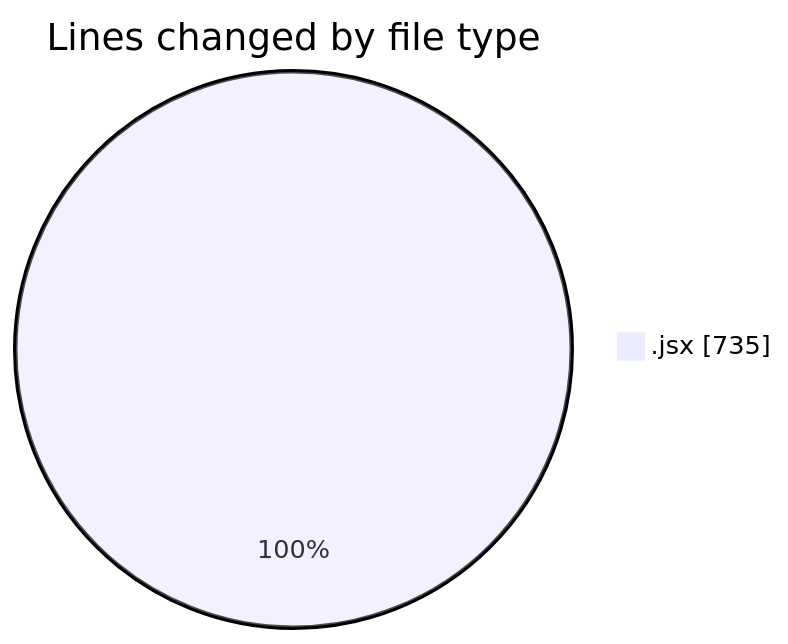
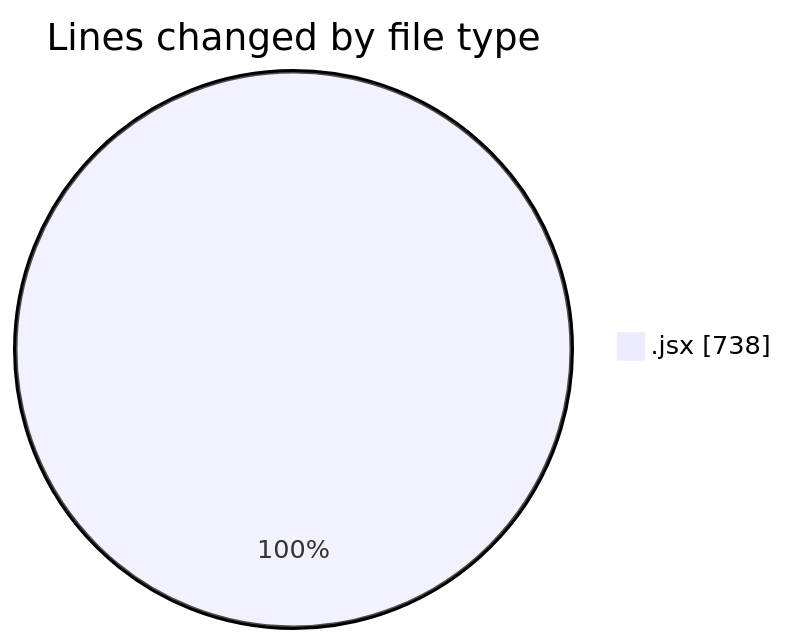
One commit to nxtqubesakshisongat/code-tracking changed the first of 2 diagrams in 2025-05-09/argos-dev/README.md. Above: the diagram before and after it, drawn with Mermaid. The commit also changed other lines of this file and 1 other file, not shown here.

````diff
--- a/2025-05-09/argos-dev/README.md
+++ b/2025-05-09/argos-dev/README.md
@@ -21,5 +21,5 @@
 ```mermaid
 pie showData
 title Lines changed by file type
-".jsx" : 735
+".jsx" : 738
 ```
````
